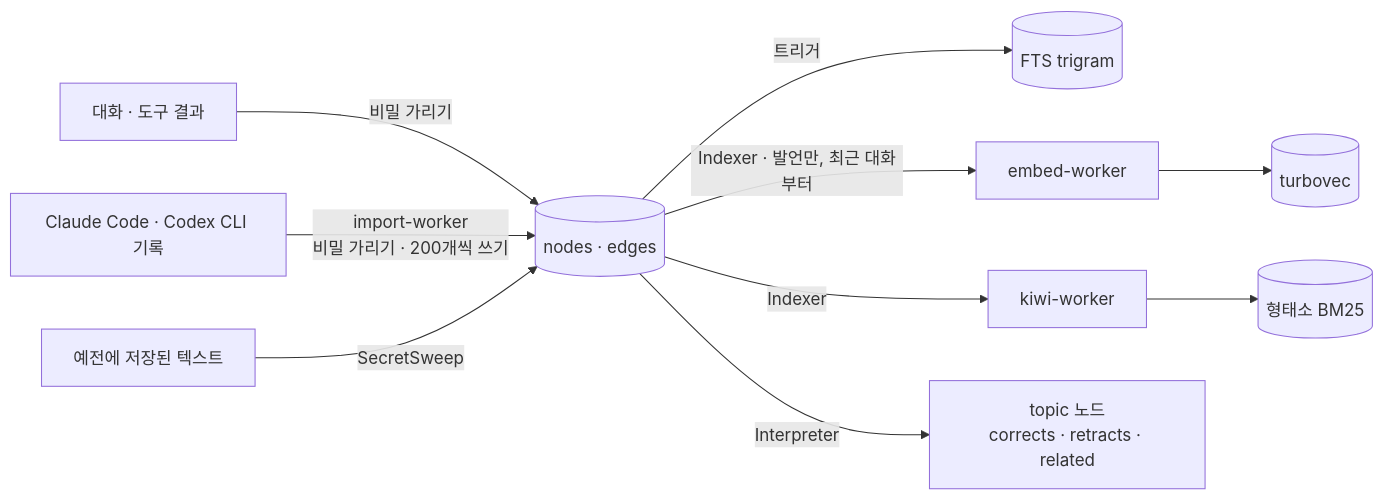
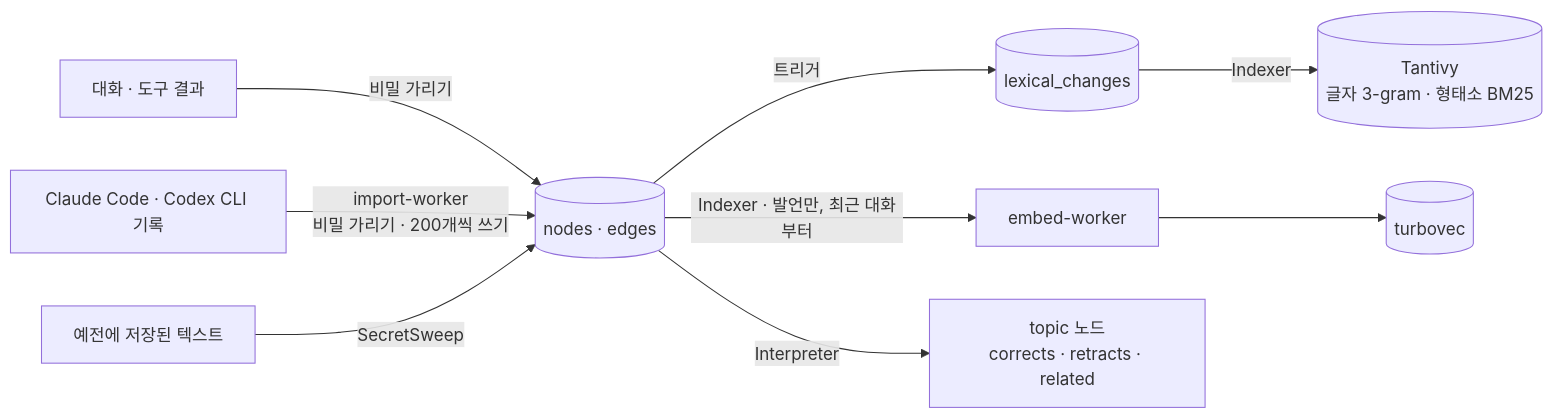
The third of 3 diagrams in README.md (CreeJee/context-generactive-ai-agent), drawn with Mermaid before and after one commit. The commit also changed other lines of this file and 61 other files, not shown here.

First line of the commit message:
refactor(memory-agent): Kiwi 형태소 분석과 FTS5 테이블을 걷어낸다

````diff
--- a/README.md
+++ b/README.md
@@ -151,10 +150,10 @@
 ```mermaid
 flowchart LR
   Live["대화 · 도구 결과"] -->|비밀 가리기| Nodes
   Other["Claude Code · Codex CLI 기록"] -->|import-worker<br/>비밀 가리기 · 200개씩 쓰기| Nodes
   Old["예전에 저장된 텍스트"] -->|SecretSweep| Nodes
-  Nodes[("nodes · edges")] -->|트리거| FTS[("FTS trigram")]
+  Nodes[("nodes · edges")] -->|트리거| Journal[("lexical_changes")]
+  Journal -->|Indexer| Lexical[("Tantivy<br/>글자 3-gram · 형태소 BM25")]
   Nodes -->|Indexer · 발언만, 최근 대화부터| Embed["embed-worker"] --> Vec[("turbovec")]
-  Nodes -->|Indexer| Kiwi["kiwi-worker"] --> Morph[("형태소 BM25")]
   Nodes -->|Interpreter| Topics["topic 노드<br/>corrects · retracts · related"]
 ```
````
